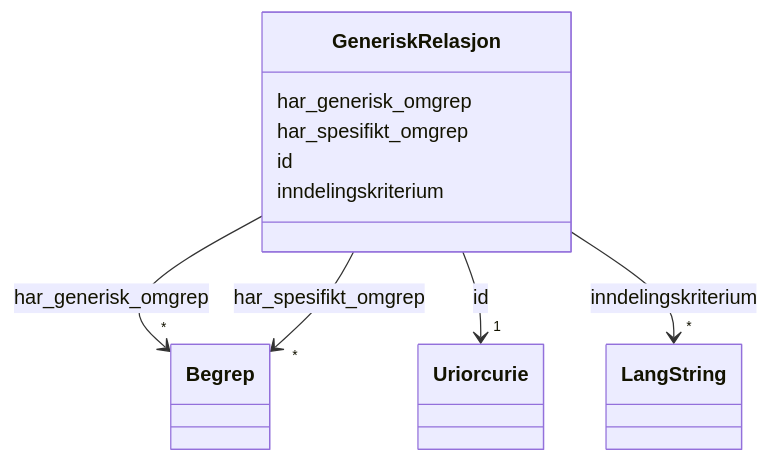
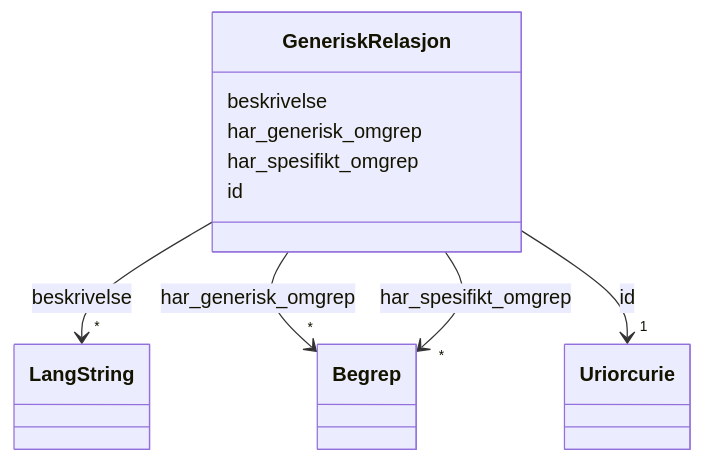
One commit to brreg/linkml-datamodellering-no changed the diagram in mkdocs/docs/begrepskatalog/brreg-begrepskatalog/klasser/generiskrelasjon.md. Above: the diagram before and after it, drawn with Mermaid. The commit also changed other lines of this file and 758 other files, not shown here.

````diff
--- a/mkdocs/docs/begrepskatalog/brreg-begrepskatalog/klasser/generiskrelasjon.md
+++ b/mkdocs/docs/begrepskatalog/brreg-begrepskatalog/klasser/generiskrelasjon.md
@@ -18,50 +18,50 @@
 ```mermaid
  classDiagram
     class GeneriskRelasjon
     click GeneriskRelasjon href "../GeneriskRelasjon/"
+      GeneriskRelasjon : beskrivelse
+        
+          
+    
+        
+        
+        GeneriskRelasjon --> "*" LangString : beskrivelse
+        click LangString href "../LangString/"
+    
+
+        
       GeneriskRelasjon : har_generisk_omgrep
         
           
     
         
         
         GeneriskRelasjon --> "*" Begrep : har_generisk_omgrep
         click Begrep href "../Begrep/"
     
 
         
       GeneriskRelasjon : har_spesifikt_omgrep
         
           
     
         
         
         GeneriskRelasjon --> "*" Begrep : har_spesifikt_omgrep
         click Begrep href "../Begrep/"
     
 
         
       GeneriskRelasjon : id
         
           
     
         
         
         GeneriskRelasjon --> "1" Uriorcurie : id
         click Uriorcurie href "../http://www.w3.org/2001/XMLSchema#anyURI/"
     
 
         
-      GeneriskRelasjon : inndelingskriterium
-        
-          
-    
-        
-        
-        GeneriskRelasjon --> "*" LangString : inndelingskriterium
-        click LangString href "../LangString/"
-    
-
-        
       
 ```
````
